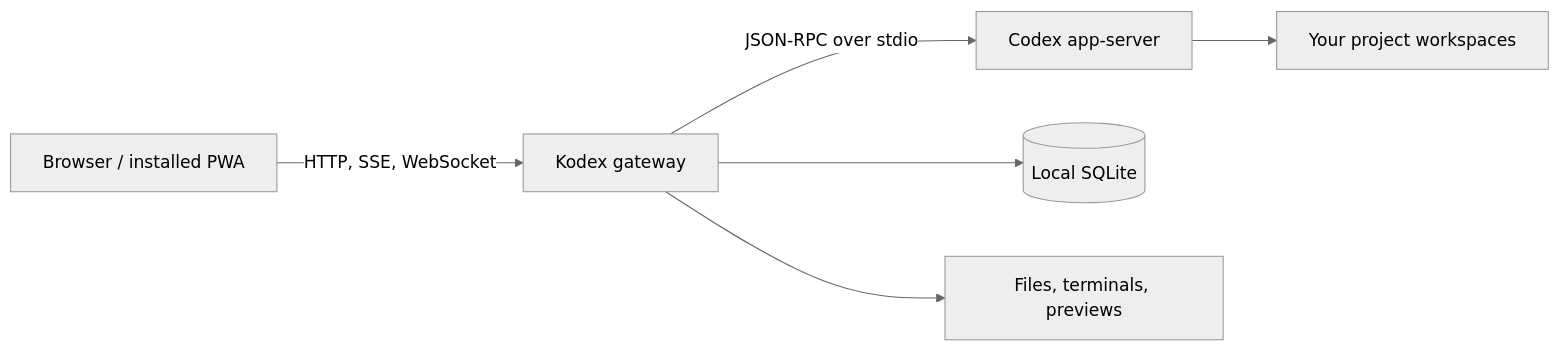
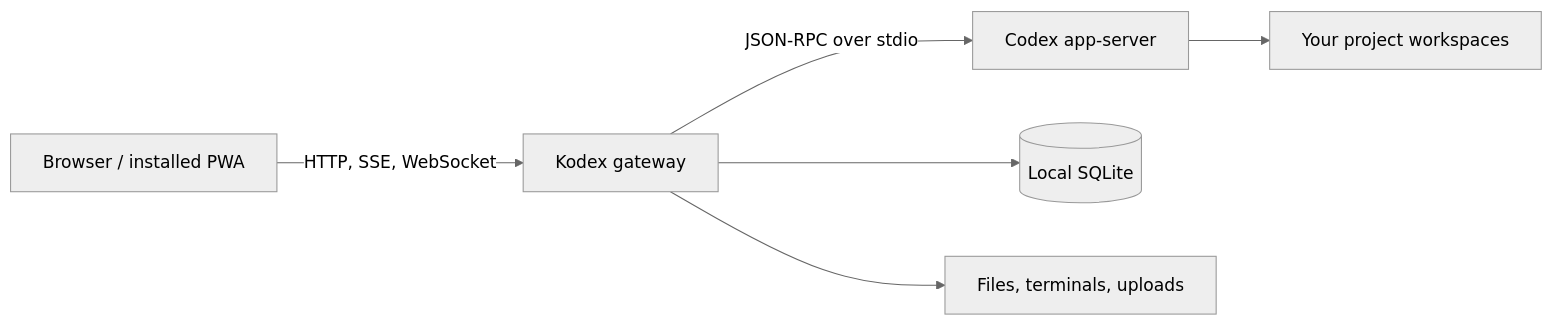
Before and after one commit to koonweee/kodex: the diagram in README.md, drawn with Mermaid (neutral theme). The commit also changed other lines of this file and 41 other files, not shown here.

Commit message:
Remove remote previews and gateway project registry

````diff
--- a/README.md
+++ b/README.md
@@ -45,8 +45,8 @@
 ```mermaid
 flowchart LR
     Browser[Browser / installed PWA] -->|HTTP, SSE, WebSocket| Gateway[Kodex gateway]
     Gateway -->|JSON-RPC over stdio| Codex[Codex app-server]
     Gateway --> SQLite[(Local SQLite)]
-    Gateway --> Host[Files, terminals, previews]
+    Gateway --> Host[Files, terminals, uploads]
     Codex --> Projects[Your project workspaces]
 ```
````
